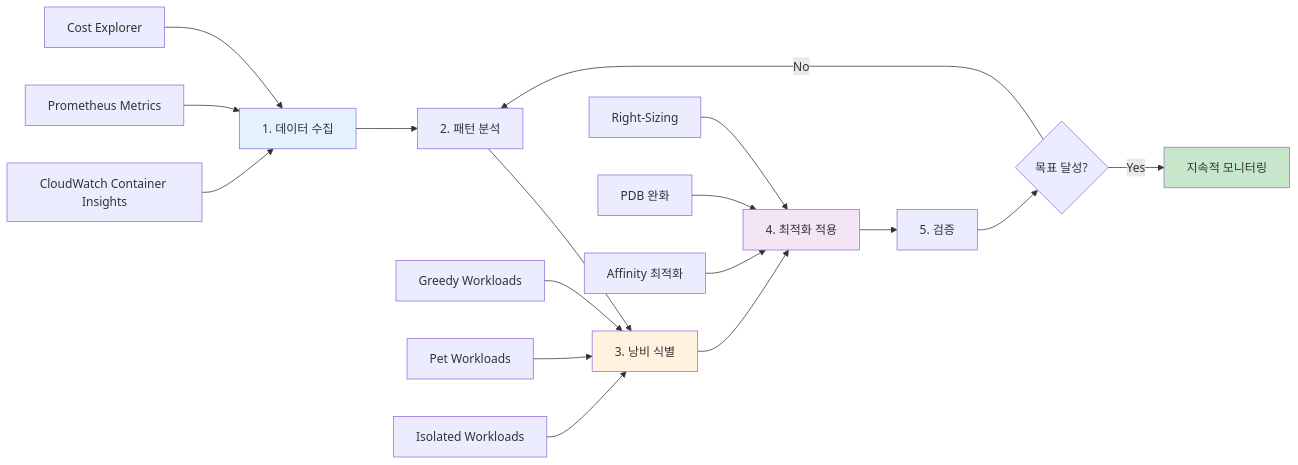
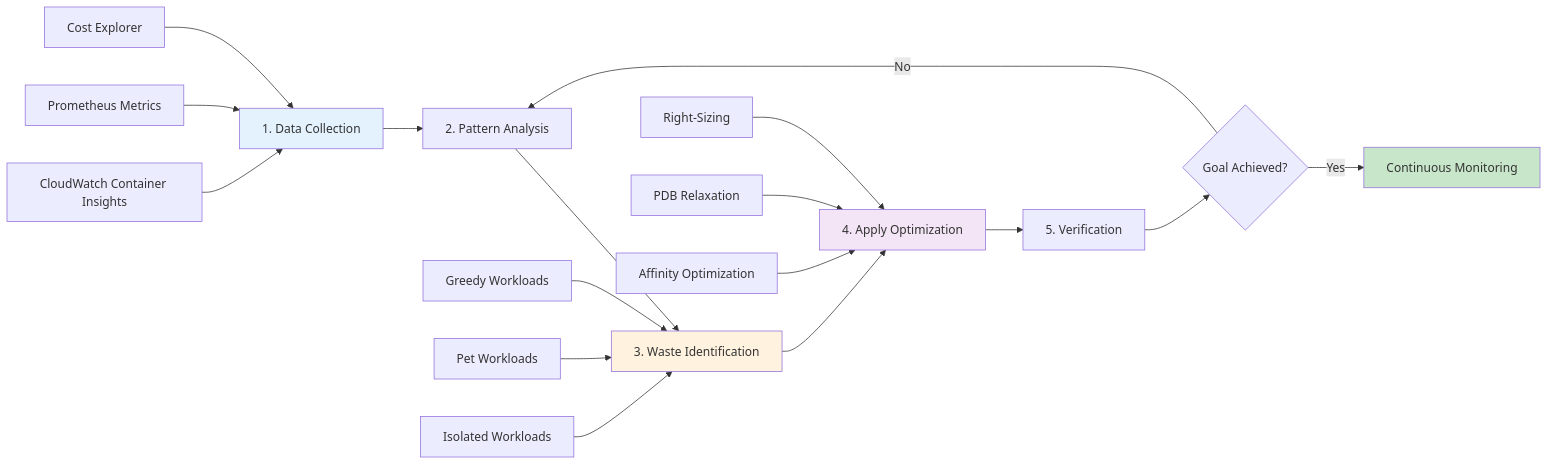
One commit to devfloor9/engineering-playbook changed the ninth of 16 diagrams in i18n/en/docusaurus-plugin-content-docs/current/eks-best-practices/resource-cost/eks-resource-optimization.md. Above: the diagram before and after it, drawn with Mermaid. The commit also changed other lines of this file, not shown here.

Commit message:
docs(i18n/en): complete eks-resource-optimization.md translation (1356 Korean lines)

````diff
--- a/i18n/en/docusaurus-plugin-content-docs/current/eks-best-practices/resource-cost/eks-resource-optimization.md
+++ b/i18n/en/docusaurus-plugin-content-docs/current/eks-best-practices/resource-cost/eks-resource-optimization.md
@@ -2779,27 +2779,27 @@
 ```mermaid
 graph LR
-    A[1. 데이터 수집] --> B[2. 패턴 분석]
-    B --> C[3. 낭비 식별]
-    C --> D[4. 최적화 적용]
-    D --> E[5. 검증]
-    E --> F{목표 달성?}
-    F -->|Yes| G[지속적 모니터링]
+    A[1. Data Collection] --> B[2. Pattern Analysis]
+    B --> C[3. Waste Identification]
+    C --> D[4. Apply Optimization]
+    D --> E[5. Verification]
+    E --> F{Goal Achieved?}
+    F -->|Yes| G[Continuous Monitoring]
     F -->|No| B
 
     A1[CloudWatch Container Insights] --> A
     A2[Prometheus Metrics] --> A
     A3[Cost Explorer] --> A
 
     C1[Greedy Workloads] --> C
     C2[Pet Workloads] --> C
     C3[Isolated Workloads] --> C
 
     D1[Right-Sizing] --> D
-    D2[PDB 완화] --> D
-    D3[Affinity 최적화] --> D
+    D2[PDB Relaxation] --> D
+    D3[Affinity Optimization] --> D
 
     style A fill:#e3f2fd
     style C fill:#fff3e0
     style D fill:#f3e5f5
     style G fill:#c8e6c9
 ```
````
